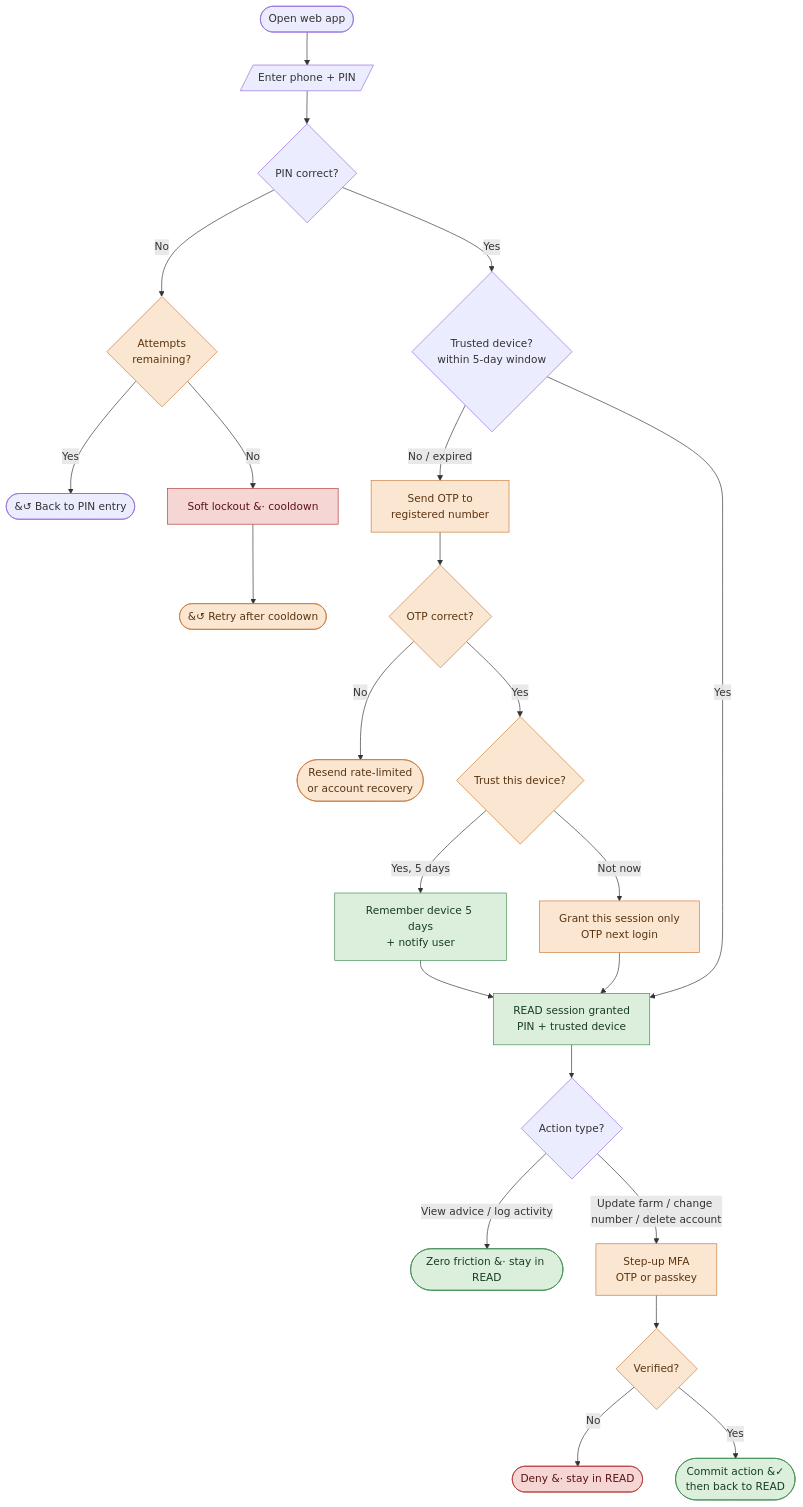
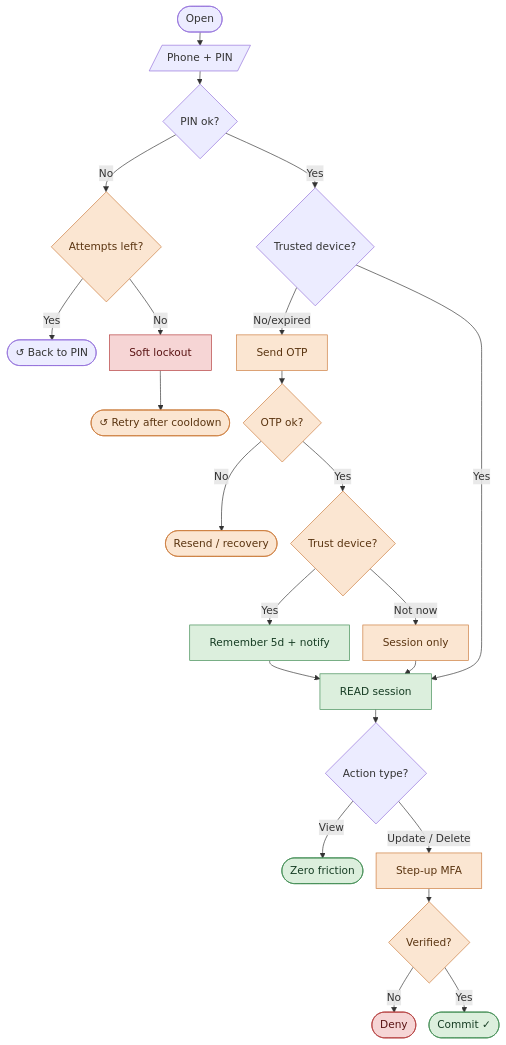
One commit to munya1995/ExperimentFeatures1995 changed the diagram in Farm Advising App.md. Above: the diagram before and after it, drawn with Mermaid.

Commit message:
Make mermaid flow more compact to fit on one page

````diff
--- a/Farm Advising App.md
+++ b/Farm Advising App.md
@@ -12,37 +12,38 @@
 ```mermaid
-flowchart TD
-    A([Open web app]) --> B[/Enter phone + PIN/]
-    B --> C{PIN correct?}
+%%{init: {'flowchart': {'nodeSpacing': 20, 'rankSpacing': 20}}}%%
+flowchart TB
+    A([Open]) --> B[/Phone + PIN/]
+    B --> C{PIN ok?}
 
-    C -- No --> C1{Attempts<br/>remaining?}
-    C1 -- Yes --> C2([&#8634; Back to PIN entry])
-    C1 -- No --> C3[Soft lockout &#183; cooldown]
-    C3 --> C4([&#8634; Retry after cooldown])
+    C -- No --> C1{Attempts left?}
+    C1 -- Yes --> C2([↺ Back to PIN])
+    C1 -- No --> C3[Soft lockout]
+    C3 --> C4([↺ Retry after cooldown])
 
-    C -- Yes --> D{Trusted device?<br/>within 5-day window}
+    C -- Yes --> D{Trusted device?}
 
-    D -- No / expired --> E[Send OTP to<br/>registered number]
-    E --> E1{OTP correct?}
-    E1 -- No --> E2([Resend rate-limited<br/>or account recovery])
-    E1 -- Yes --> T{Trust this device?}
-    T -- Yes, 5 days --> E3[Remember device 5 days<br/>+ notify user]
-    T -- Not now --> E4[Grant this session only<br/>OTP next login]
+    D -- No/expired --> E[Send OTP]
+    E --> E1{OTP ok?}
+    E1 -- No --> E2([Resend / recovery])
+    E1 -- Yes --> T{Trust device?}
+    T -- Yes --> E3[Remember 5d + notify]
+    T -- Not now --> E4[Session only]
     E3 --> F
     E4 --> F
 
-    D -- Yes --> F["READ session granted<br/>PIN + trusted device"]
+    D -- Yes --> F[READ session]
 
     F --> G{Action type?}
-    G -- View advice / log activity --> G1([Zero friction &#183; stay in READ])
-    G -- Update farm / change number / delete account --> H[Step-up MFA<br/>OTP or passkey]
+    G -- View --> G1([Zero friction])
+    G -- Update / Delete --> H[Step-up MFA]
     H --> H1{Verified?}
-    H1 -- No --> H2([Deny &#183; stay in READ])
-    H1 -- Yes --> H3([Commit action &#10003;<br/>then back to READ])
+    H1 -- No --> H2([Deny])
+    H1 -- Yes --> H3([Commit ✓])
 
     classDef happy fill:#dcefdd,stroke:#3f8b52,color:#173d24;
     classDef warn  fill:#fbe6d2,stroke:#cc7a3b,color:#5a3410;
     classDef block fill:#f6d5d5,stroke:#b33a3a,color:#5a1414;
     class F,G1,E3,H3 happy;
     class C1,C4,E,E1,E2,T,E4,H,H1 warn;
     class C3,H2 block;
 ```
````
